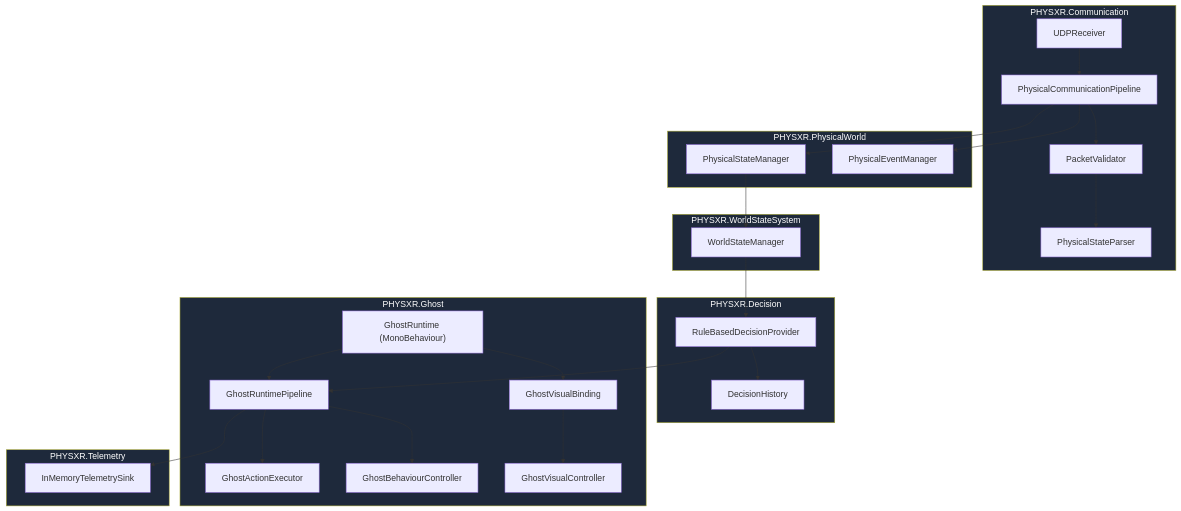
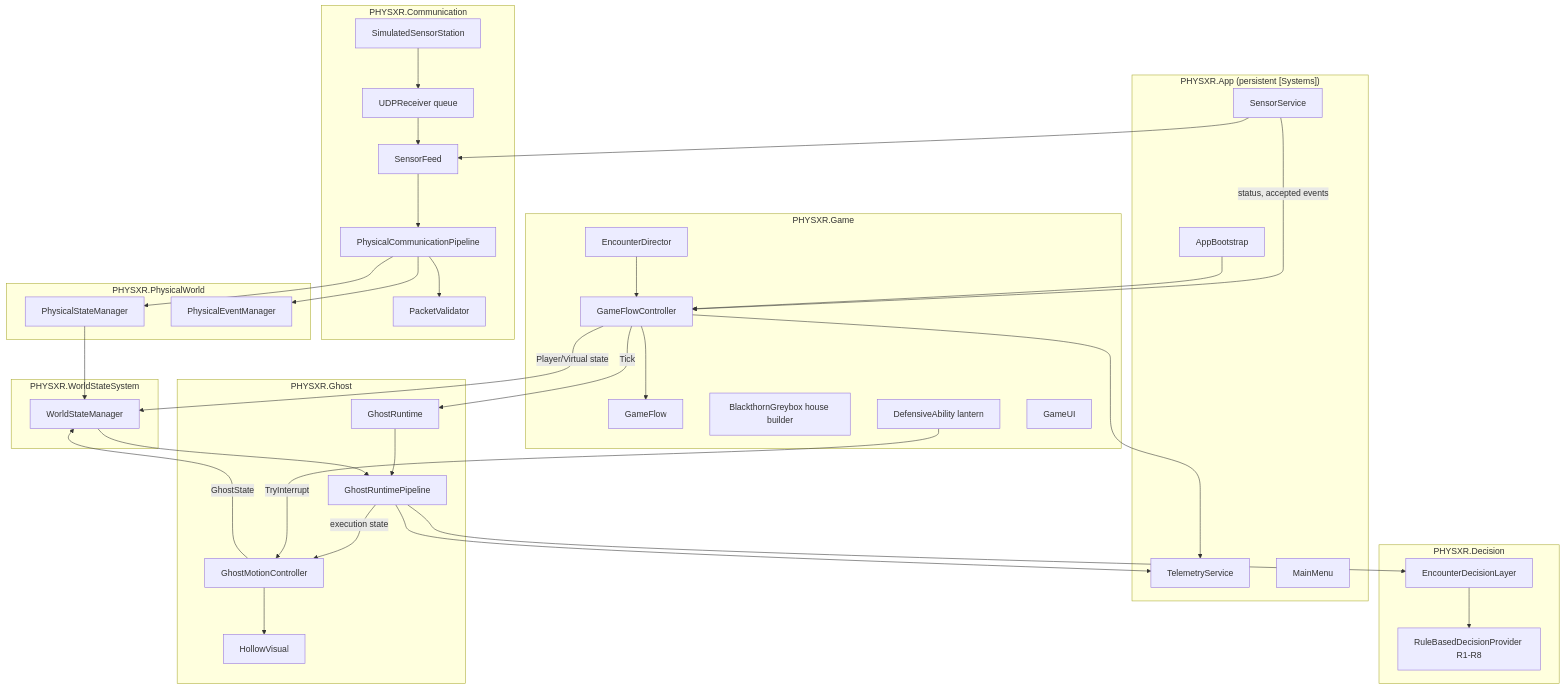
One commit to ArnavJain2005/PHYS-XR changed the diagram in README.md. Above: the diagram before and after it, drawn with Mermaid. The commit also changed other lines of this file and 4 other files, not shown here.

First line of the commit message:
Add sensor simulator and telemetry analysis tools; document the game

````diff
--- a/README.md
+++ b/README.md
@@ -46,59 +42,67 @@
 ```mermaid
 flowchart TD
+    subgraph App["PHYSXR.App (persistent [Systems])"]
+        BOOT[AppBootstrap]
+        SENS[SensorService]
+        TELS[TelemetryService]
+        MENU[MainMenu]
+    end
+
+    subgraph Comm["PHYSXR.Communication"]
+        UDP[UDPReceiver queue]
+        SIM[SimulatedSensorStation]
+        FEED[SensorFeed]
+        PIPE[PhysicalCommunicationPipeline]
+        PV[PacketValidator]
+    end
+
     subgraph Physical["PHYSXR.PhysicalWorld"]
         PSM[PhysicalStateManager]
         PEM[PhysicalEventManager]
-    end
-
-    subgraph Comm["PHYSXR.Communication"]
-        UDP[UDPReceiver]
-        PV[PacketValidator]
-        PSP[PhysicalStateParser]
-        PIPE[PhysicalCommunicationPipeline]
     end
 
     subgraph WS["PHYSXR.WorldStateSystem"]
         WSM[WorldStateManager]
     end
 
     subgraph Dec["PHYSXR.Decision"]
-        RBDP[RuleBasedDecisionProvider]
-        DH[DecisionHistory]
+        ENC[EncounterDecisionLayer]
+        RBDP[RuleBasedDecisionProvider R1-R8]
     end
 
     subgraph GhostNS["PHYSXR.Ghost"]
-        GAE[GhostActionExecutor]
-        GBC[GhostBehaviourController]
         GRP[GhostRuntimePipeline]
-        GR["GhostRuntime (MonoBehaviour)"]
-        GVC[GhostVisualController]
-        GVB[GhostVisualBinding]
+        GR[GhostRuntime]
+        GMC[GhostMotionController]
+        HV[HollowVisual]
     end
 
-    subgraph Tel["PHYSXR.Telemetry"]
-        SINK[InMemoryTelemetrySink]
+    subgraph Game["PHYSXR.Game"]
+        GFC[GameFlowController]
+        DIR[EncounterDirector]
+        FLOW[GameFlow]
+        HOUSE[BlackthornGreybox house builder]
+        LANT[DefensiveAbility lantern]
+        UI[GameUI]
     end
 
-    UDP --> PIPE
-    PIPE --> PV
-    PV --> PSP
+    SIM --> UDP
+    UDP --> FEED --> PIPE --> PV
     PIPE --> PSM
     PIPE --> PEM
+    SENS --> FEED
     PSM --> WSM
-    WSM --> RBDP
-    RBDP --> DH
-    RBDP --> GRP
-    GRP --> GAE
-    GRP --> GBC
-    GRP --> SINK
-    GR --> GRP
-    GR --> GVB
-    GVB --> GVC
-
-    style Physical fill:#1e293b,color:#fff
-    style Comm fill:#1e293b,color:#fff
-    style WS fill:#1e293b,color:#fff
-    style Dec fill:#1e293b,color:#fff
-    style GhostNS fill:#1e293b,color:#fff
-    style Tel fill:#1e293b,color:#fff
+    SENS -- status, accepted events --> GFC
+    GFC -- Player/Virtual state --> WSM
+    DIR --> GFC
+    GMC -- GhostState --> WSM
+    GFC -- Tick --> GR --> GRP
+    WSM --> GRP
+    GRP --> ENC --> RBDP
+    GRP -- execution state --> GMC --> HV
+    LANT -- TryInterrupt --> GMC
+    GRP --> TELS
+    GFC --> TELS
+    GFC --> FLOW
+    BOOT --> GFC
 ```
````
